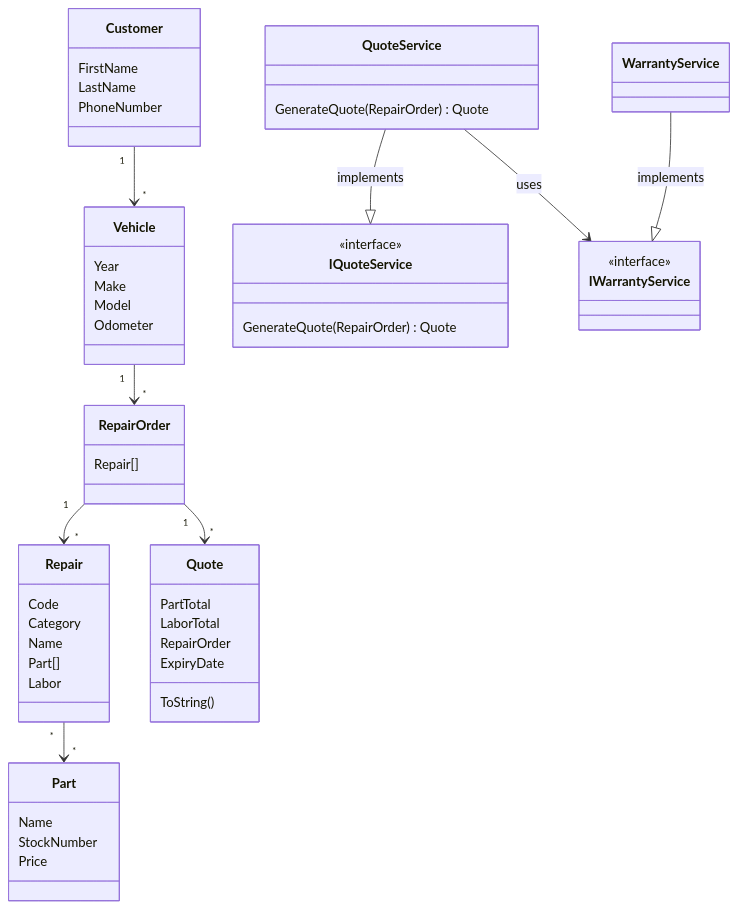
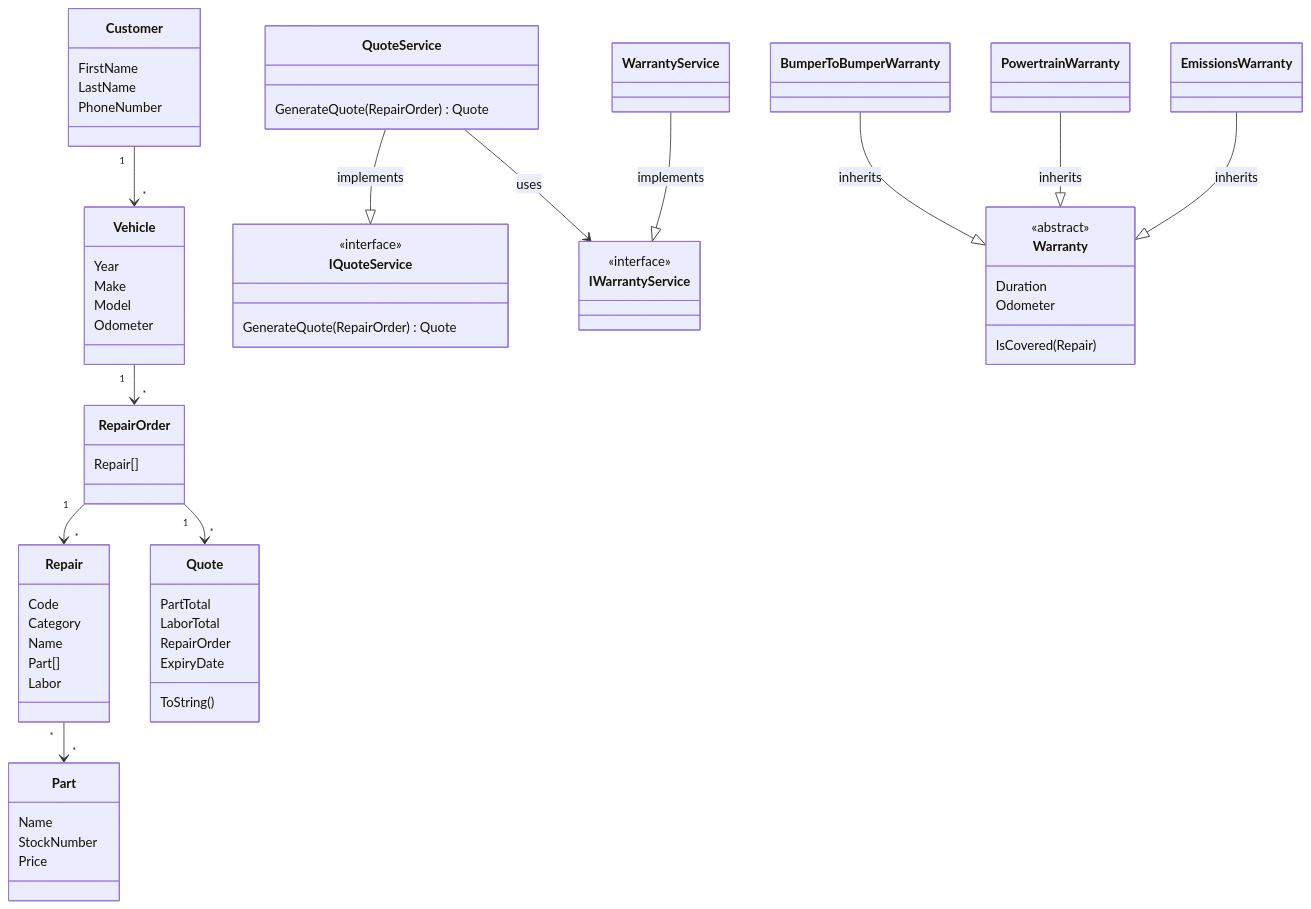
The diagram in 09-together.md (MelGrubb/ps-oo-cs10), drawn with Mermaid before and after one commit.

Commit message:
Added WarrantyService to diagram

````diff
--- a/09-together.md
+++ b/09-together.md
@@ -68,4 +68,23 @@
 	class WarrantyService {
 	}
 	WarrantyService --|> IWarrantyService : implements
+
+	class Warranty {
+		<<abstract>>
+		Duration
+		Odometer
+		IsCovered(Repair)
+	}
+
+	class BumperToBumperWarranty {
+	}
+	BumperToBumperWarranty --|> Warranty : inherits
+
+	class PowertrainWarranty {
+	}
+	PowertrainWarranty --|> Warranty : inherits
+
+	class EmissionsWarranty {
+	}
+	EmissionsWarranty --|> Warranty : inherits
 ```
````
